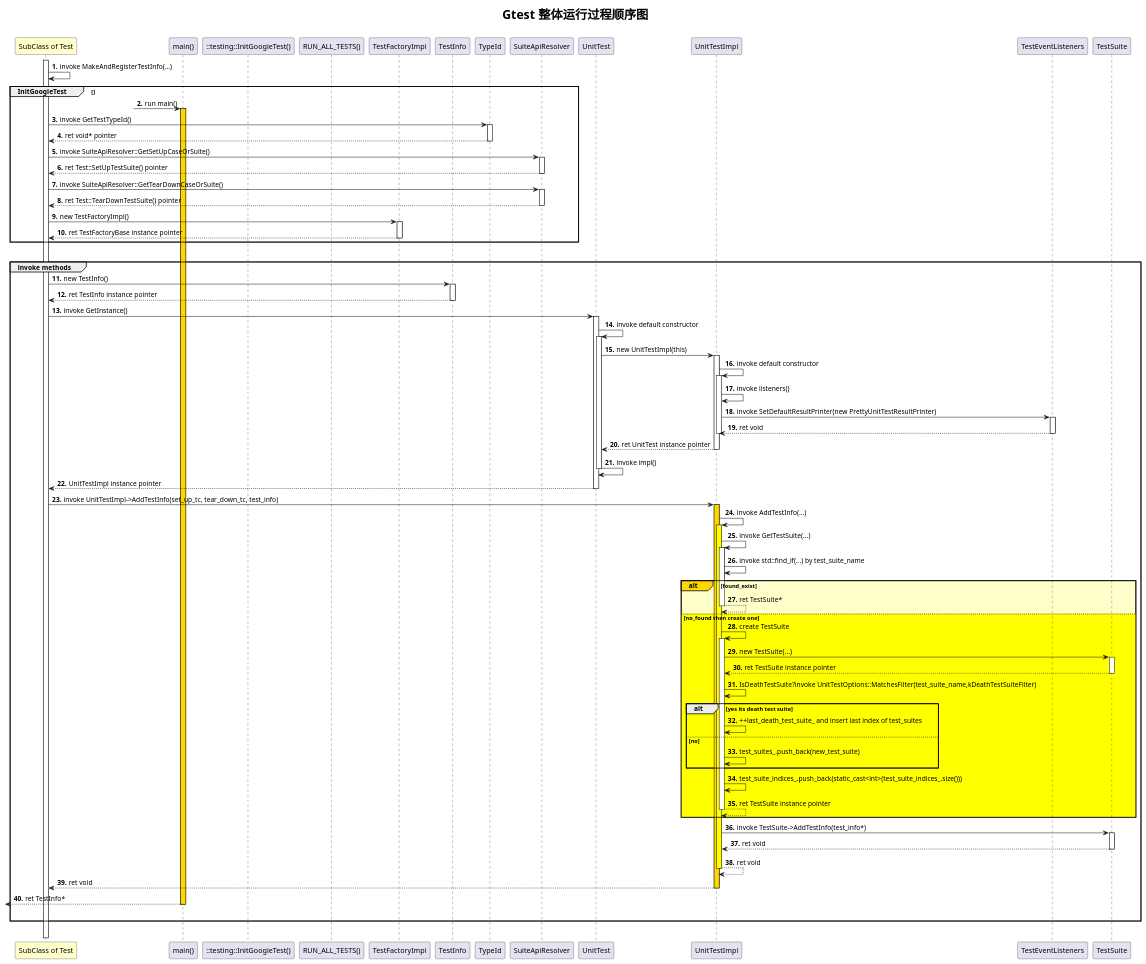
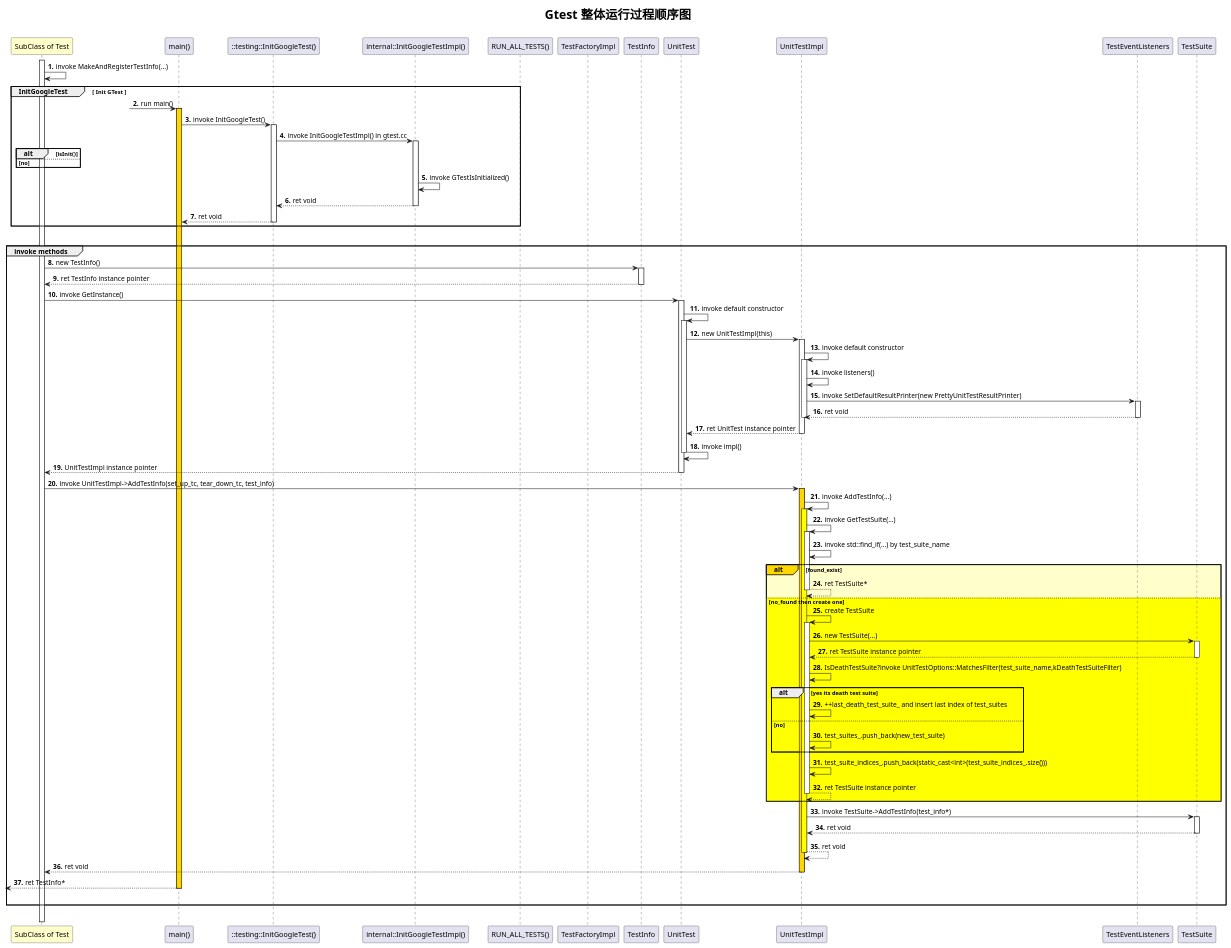
The diagram in gtest_global_run_process_sequence_diagram.puml (yanxueweicn/tdd_dev), drawn with PlantUML before and after one commit.

Commit message:
增加整体顺序图

```diff
--- a/gtest_global_run_process_sequence_diagram.puml
+++ b/gtest_global_run_process_sequence_diagram.puml
@@ -1,106 +1,108 @@
 @startuml
 'https://plantuml.com/sequence-diagram
 title
  <b><font size="24">Gtest 整体运行过程顺序图</font></b>
 
 end title
 
 'actor boundary control collections database entity queue
 'participant "SubClass of Test"  as Test  << (C,#add1b2) subclass >> order -2 #business
 participant "SubClass of Test"  as Test  order -2 #business
 participant "main()" as main
 participant "::testing::InitGoogleTest()" as init
+participant "internal::InitGoogleTestImpl()" as init_impl
 participant "RUN_ALL_TESTS()" as run_all_tests
 participant "TestFactoryImpl"
 participant "TestInfo"
 
 'autonumber start increment "<u>0|#.</u>"
 autonumber 1 1 "<b>."
 
 'activate participant #colouml_sequence_diagram.pumlr
 activate Test
 'participant -> participant ++|--|**|!! #color"
 Test -> Test  : invoke MakeAndRegisterTestInfo(...)
 
 /'
 group 主标题 [副标题]
     bob -[#red]> alice : hello
     [-> alice : DoWork
     create actor|control|boundary|control|... participant
     bob -> participant : new
     / (h|r)note left|right|over|across of alice: this is note
     ref over bob,alice : init
     ... 5分钟后 ...
     bob <[#blue]- alice : ret
     |||
     ||40||
     alt#alt背景色 #整体背景色 主标题
         break|critical|loop|opt|par 主标题
 
         end
     else 标题
 
     else 标题2
 
     end
 end
 '/
 
-group InitGoogleTest []
+group InitGoogleTest [ Init GTest ]
     ?-> main  ++ #gold : run main()
-    'return ret codeLocation instance
-    Test -> TypeId ++ : invoke GetTestTypeId()
-    return ret void* pointer
-    Test -> SuiteApiResolver ++ : invoke SuiteApiResolver::GetSetUpCaseOrSuite()
-    return ret Test::SetUpTestSuite() pointer
-    Test -> SuiteApiResolver ++ : invoke SuiteApiResolver::GetTearDownCaseOrSuite()
-    return ret Test::TearDownTestSuite() pointer
-    Test -> TestFactoryImpl ++ : new TestFactoryImpl()
-    return ret TestFactoryBase instance pointer
+    main -> init ++ : invoke InitGoogleTest()
+    init -> init_impl ++ : invoke InitGoogleTestImpl() in gtest.cc
+    alt isInit()
+
+    else no
+
+    end
+    init_impl -> init_impl : invoke GTestIsInitialized()
+    return ret void
+    return ret void
 end
 |||
 group invoke methods
     Test -> TestInfo ++ : new TestInfo()
     return ret TestInfo instance pointer
     Test -> UnitTest ++ : invoke GetInstance()
     UnitTest -> UnitTest ++ : invoke default constructor
     UnitTest -> UnitTestImpl ++ : new UnitTestImpl(this)
     UnitTestImpl -> UnitTestImpl ++ : invoke default constructor
     UnitTestImpl -> UnitTestImpl  : invoke listeners()
     UnitTestImpl -> TestEventListeners ++ : invoke SetDefaultResultPrinter(new PrettyUnitTestResultPrinter)
     return  ret void
     deactivate UnitTestImpl
     return ret UnitTest instance pointer
     UnitTest -> UnitTest -- : invoke impl()
     return UnitTestImpl instance pointer
     Test -> UnitTestImpl ++ #gold : invoke UnitTestImpl->AddTestInfo(set_up_tc, tear_down_tc, test_info)
     UnitTestImpl -> UnitTestImpl ++ #Yellow: invoke AddTestInfo(...)
     UnitTestImpl -> UnitTestImpl ++ : invoke GetTestSuite(...)
     UnitTestImpl -> UnitTestImpl  : invoke std::find_if(...) by test_suite_name
 
     alt#gold  #business found_exist
         'UnitTestImpl -> UnitTestImpl  :  ret TestSuite*
         return  ret TestSuite*
     else #yellow no_found then create one
         UnitTestImpl -> UnitTestImpl ++ : create TestSuite
         UnitTestImpl -> TestSuite ++ : new TestSuite(...)
         return ret TestSuite instance pointer
         UnitTestImpl -> UnitTestImpl : IsDeathTestSuite?invoke UnitTestOptions::MatchesFilter(test_suite_name,kDeathTestSuiteFilter)
         alt yes its death test suite
             UnitTestImpl -> UnitTestImpl : ++last_death_test_suite_ and insert last index of test_suites
         else no
             UnitTestImpl -> UnitTestImpl : test_suites_.push_back(new_test_suite)
         end
         UnitTestImpl -> UnitTestImpl : test_suite_indices_.push_back(static_cast<int>(test_suite_indices_.size()))
         return ret TestSuite instance pointer
     end
     UnitTestImpl -> TestSuite ++ : invoke TestSuite->AddTestInfo(test_info*)
     return ret void
     return ret void
     return ret void
     return ret TestInfo*
     |||
 end
 |||
 
 @enduml
```
